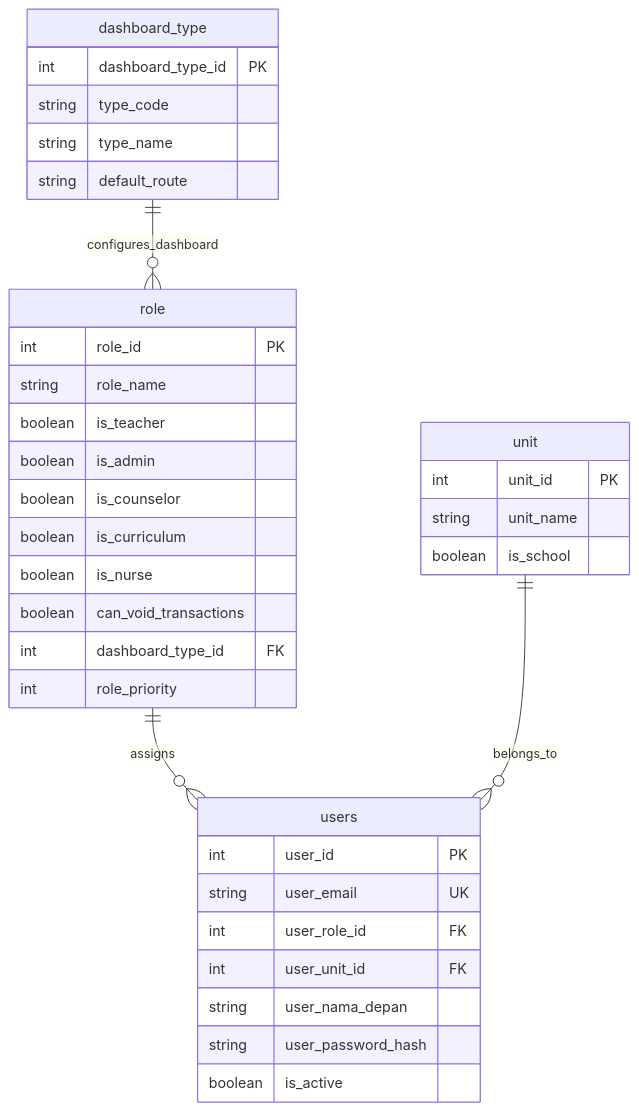
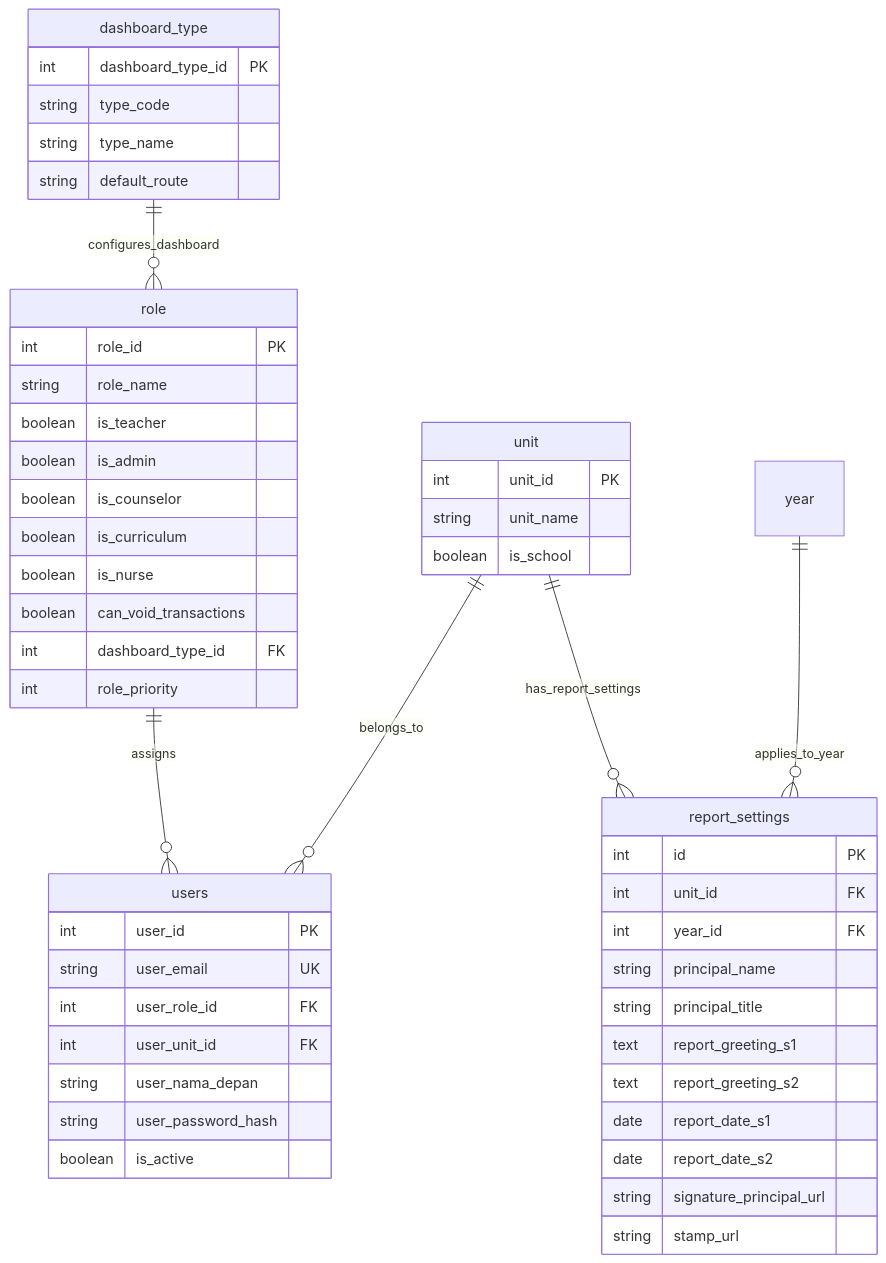
One commit to hanskristianw/school-admin changed the first of 9 diagrams in DATABASE_SCHEMA.md. Above: the diagram before and after it, drawn with Mermaid. The commit also changed other lines of this file and 18 other files, not shown here.

````diff
--- a/DATABASE_SCHEMA.md
+++ b/DATABASE_SCHEMA.md
@@ -83,42 +104,58 @@
 ```mermaid
 erDiagram
     dashboard_type ||--o{ role : "configures_dashboard"
     role ||--o{ users : "assigns"
     unit ||--o{ users : "belongs_to"
+    unit ||--o{ report_settings : "has_report_settings"
+    year ||--o{ report_settings : "applies_to_year"
     
     dashboard_type {
         int dashboard_type_id PK
         string type_code
         string type_name
         string default_route
     }
 
     role {
         int role_id PK
         string role_name
         boolean is_teacher
         boolean is_admin
         boolean is_counselor
         boolean is_curriculum
         boolean is_nurse
         boolean can_void_transactions
         int dashboard_type_id FK
         int role_priority
     }
     
     unit {
         int unit_id PK
         string unit_name
         boolean is_school
     }
+
+    report_settings {
+        int id PK
+        int unit_id FK
+        int year_id FK
+        string principal_name
+        string principal_title
+        text report_greeting_s1
+        text report_greeting_s2
+        date report_date_s1
+        date report_date_s2
+        string signature_principal_url
+        string stamp_url
+    }
     
     users {
         int user_id PK
         string user_email UK
         int user_role_id FK
         int user_unit_id FK
         string user_nama_depan
         string user_password_hash
         boolean is_active
     }
 ```
````
